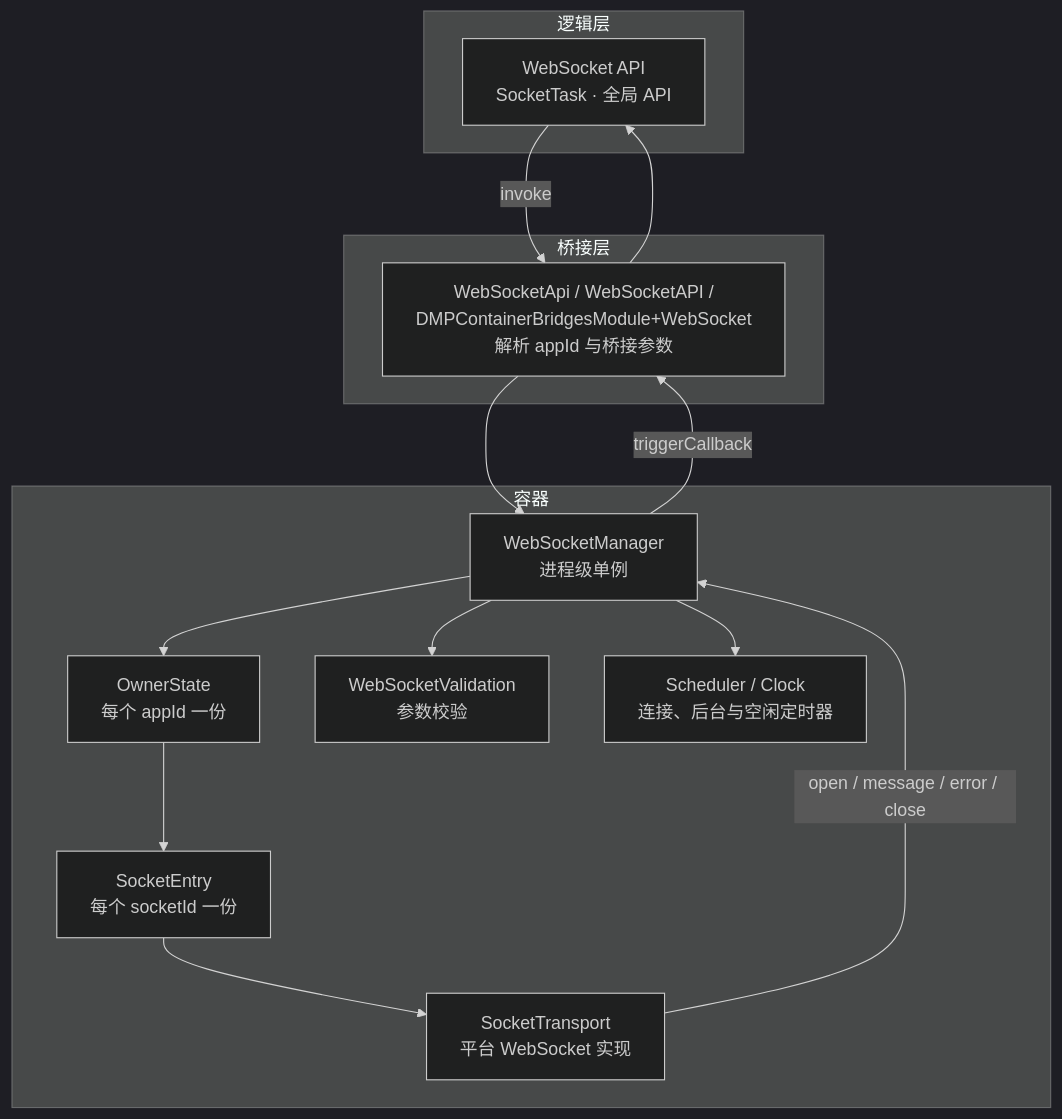
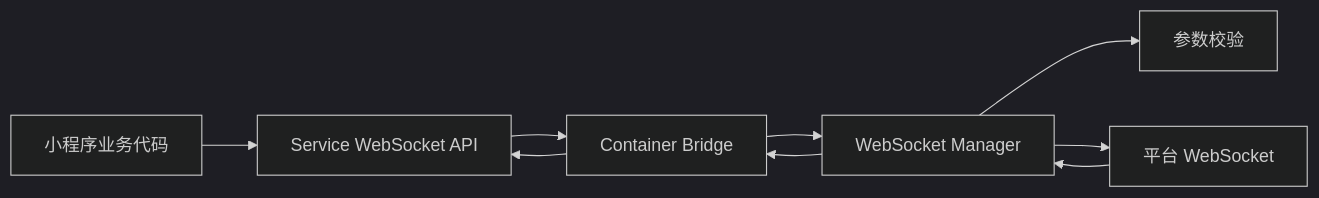
The diagram in docs/websocket-architecture.md (didi/dimina), drawn with Mermaid (dark theme) before and after one commit. The commit also changed other lines of this file and 70 other files, not shown here.

````diff
--- a/docs/websocket-architecture.md
+++ b/docs/websocket-architecture.md
@@ -65,30 +130,11 @@
 ```mermaid
-graph TB
-    subgraph SERVICE["逻辑层"]
-        API["WebSocket API<br/>SocketTask · 全局 API"]
-    end
-
-    subgraph BRIDGE_LAYER["桥接层"]
-        BRIDGE["WebSocketApi / WebSocketAPI /<br/>DMPContainerBridgesModule+WebSocket<br/>解析 appId 与桥接参数"]
-    end
-
-    subgraph CONTAINER["容器"]
-        MANAGER["WebSocketManager<br/>进程级单例"]
-        OWNER["OwnerState<br/>每个 appId 一份"]
-        ENTRY["SocketEntry<br/>每个 socketId 一份"]
-        VALIDATION["WebSocketValidation<br/>参数校验"]
-        SCHEDULER["Scheduler / Clock<br/>连接、后台与空闲定时器"]
-        TRANSPORT["SocketTransport<br/>平台 WebSocket 实现"]
-    end
-
-    API -->|"invoke"| BRIDGE
-    BRIDGE --> MANAGER
-    MANAGER --> OWNER
-    OWNER --> ENTRY
-    MANAGER --> VALIDATION
-    MANAGER --> SCHEDULER
-    ENTRY --> TRANSPORT
-    TRANSPORT -->|"open / message / error / close"| MANAGER
-    MANAGER -->|"triggerCallback"| BRIDGE
-    BRIDGE --> API
+graph LR
+    APP["小程序业务代码"] --> SERVICE["Service WebSocket API"]
+    SERVICE --> BRIDGE["Container Bridge"]
+    BRIDGE --> MANAGER["WebSocket Manager"]
+    MANAGER --> VALIDATION["参数校验"]
+    MANAGER --> TRANSPORT["平台 WebSocket"]
+    TRANSPORT --> MANAGER
+    MANAGER --> BRIDGE
+    BRIDGE --> SERVICE
 ```
````
